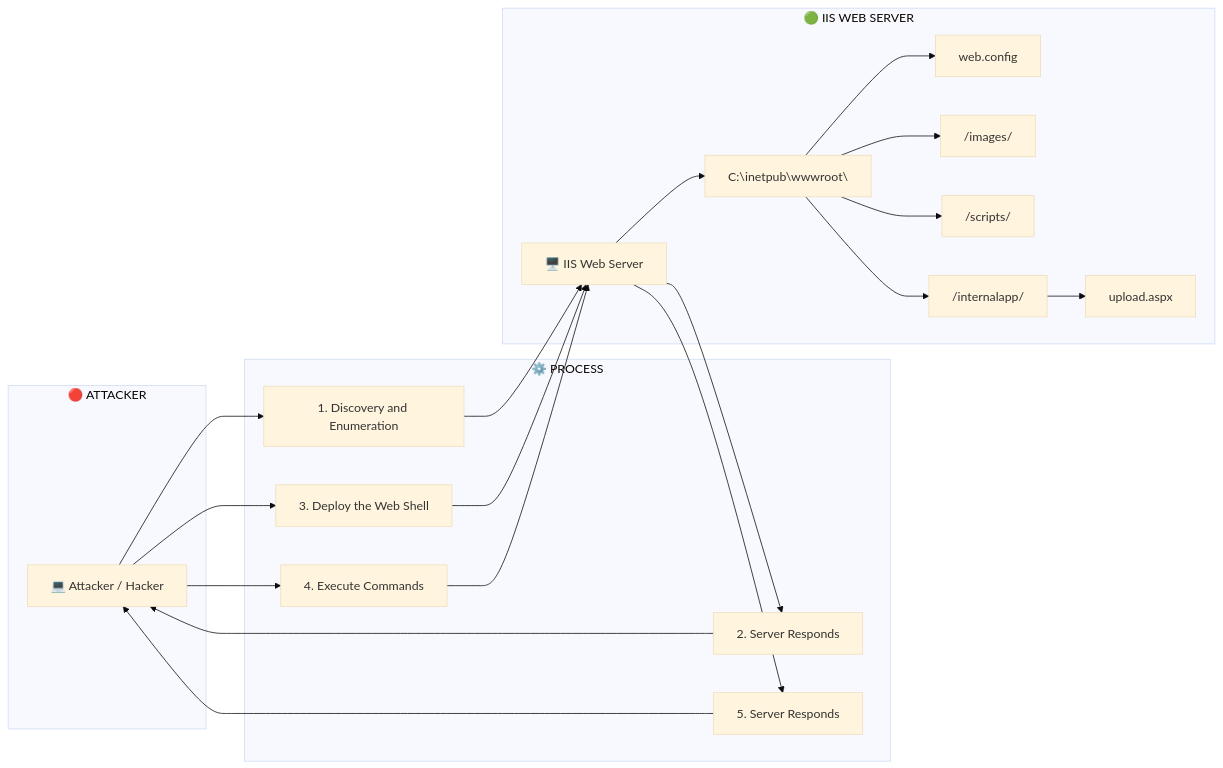
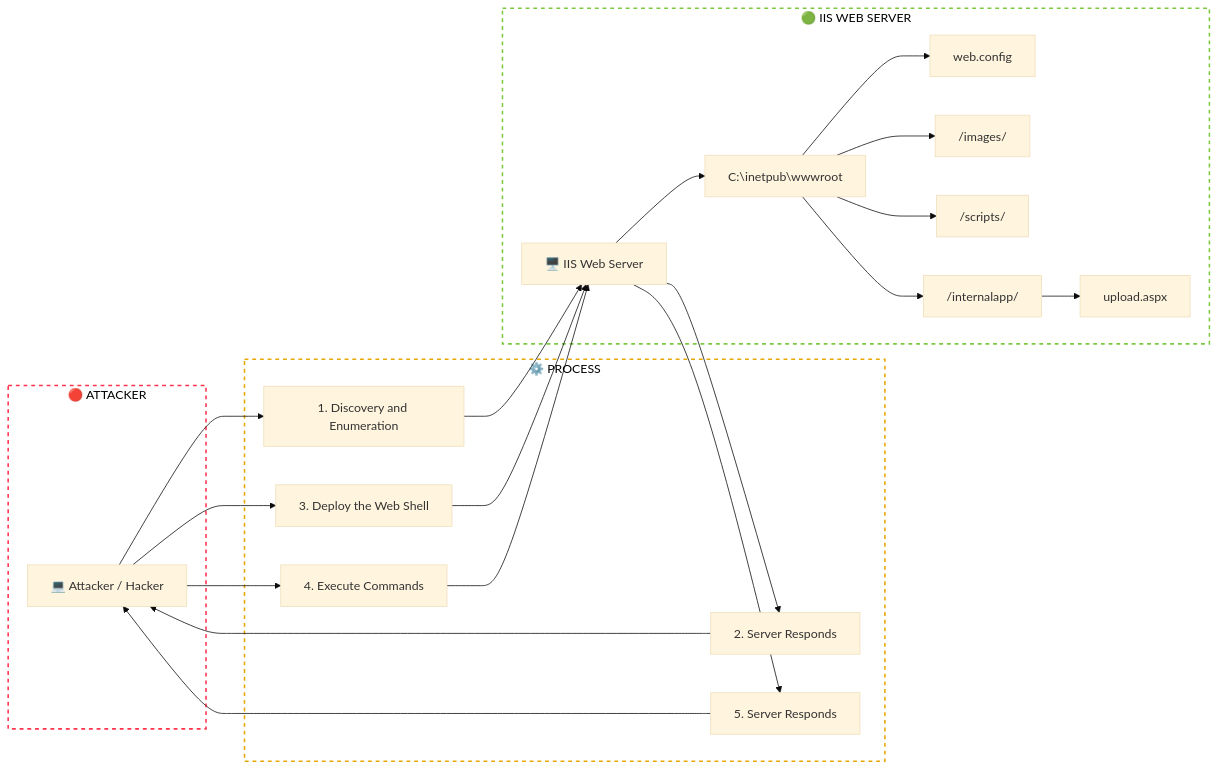
The diagram in 01-Active-Directory/Initial-Access-Investigation.md (farizrepo/soc), drawn with Mermaid (base theme) before and after one commit.

````diff
--- a/01-Active-Directory/Initial-Access-Investigation.md
+++ b/01-Active-Directory/Initial-Access-Investigation.md
@@ -4,43 +4,46 @@
 ```mermaid
 graph LR;
-
-    subgraph ATTACKER["🔴 ATTACKER"]
+subgraph ATTACKER["🔴 ATTACKER"]
         A["💻 Attacker / Hacker"]
     end
 
     subgraph PROCESS["⚙️ PROCESS"]
         P1["1. Discovery and Enumeration"]
         P2["2. Server Responds"]
         P3["3. Deploy the Web Shell"]
         P4["4. Execute Commands"]
         P5["5. Server Responds"]
     end
 
     subgraph SERVER["🟢 IIS WEB SERVER"]
         S1["🖥️ IIS Web Server"]
-        S2["C:\inetpub\wwwroot\"]
+        S2["C:\inetpub\wwwroot"]
         S3["web.config"]
         S4["/images/"]
         S5["/scripts/"]
         S6["/internalapp/"]
         S7["upload.aspx"]
 
         S1 --> S2
         S2 --> S3
         S2 --> S4
         S2 --> S5
         S2 --> S6
         S6 --> S7
     end
 
     A --> P1
     P1 --> S1
     S1 --> P2
     P2 --> A
     A --> P3
     P3 --> S1
     A --> P4
     P4 --> S1
     S1 --> P5
     P5 --> A
+
+    style ATTACKER fill:#ffffff,stroke:#ff334d,stroke-width:2px,stroke-dasharray:5 5,color:#000000
+    style PROCESS fill:#ffffff,stroke:#e6a700,stroke-width:2px,stroke-dasharray:5 5,color:#000000
+    style SERVER fill:#ffffff,stroke:#7ac943,stroke-width:2px,stroke-dasharray:5 5,color:#000000
 ```
````
